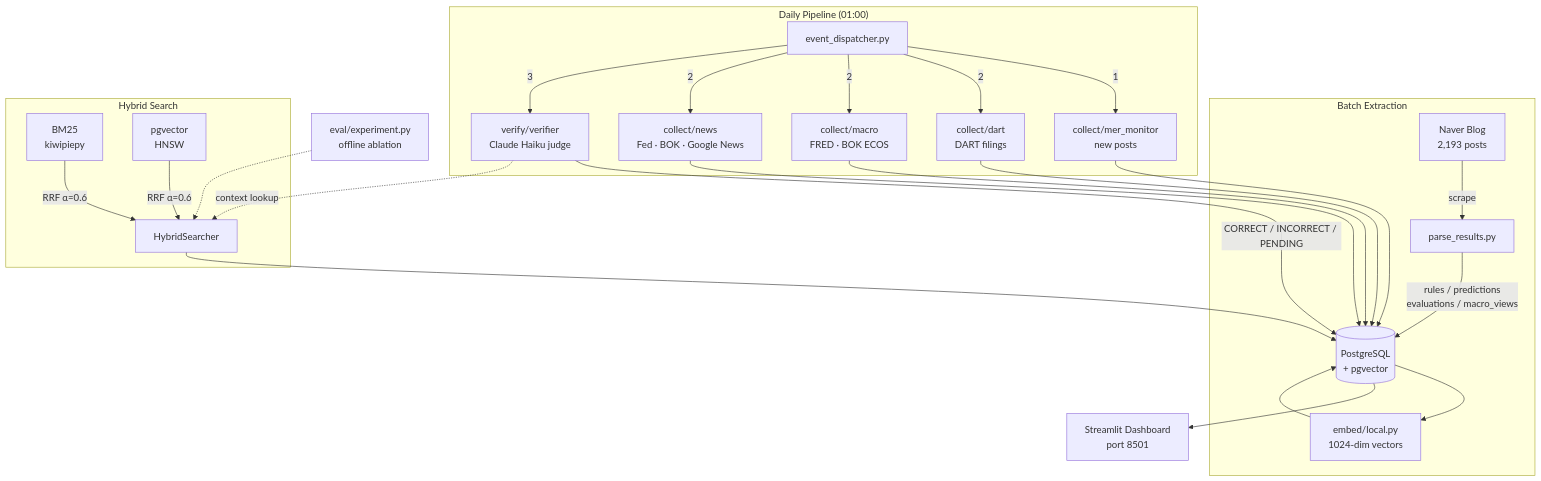
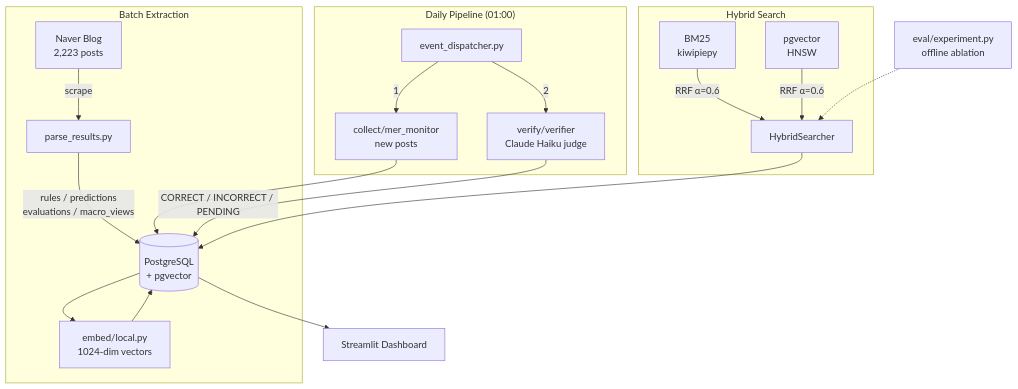
One commit to 11e3/mer-insight-pipeline changed the diagram in README.md. Above: the diagram before and after it, drawn with Mermaid. The commit also changed other lines of this file and 23 other files, not shown here.

First line of the commit message:
refactor: remove DART/macro/news collection and external verification context

````diff
--- a/README.md
+++ b/README.md
@@ -13,31 +13,26 @@
 ```mermaid
 flowchart TD
     subgraph Batch Extraction
-        A[Naver Blog<br>2,193 posts] -->|scrape| B[parse_results.py]
+        A[Naver Blog<br>2,223 posts] -->|scrape| B[parse_results.py]
         B -->|rules / predictions<br>evaluations / macro_views| C[(PostgreSQL<br>+ pgvector)]
         C --> EMB[embed/local.py<br>1024-dim vectors]
         EMB --> C
     end
 
     subgraph "Daily Pipeline (01:00)"
         ED[event_dispatcher.py] -->|1| MER[collect/mer_monitor<br>new posts]
-        ED -->|2| DC[collect/dart<br>DART filings]
-        ED -->|2| LM[collect/macro<br>FRED · BOK ECOS]
-        ED -->|2| NC[collect/news<br>Fed · BOK · Google News]
-        ED -->|3| PV[verify/verifier<br>Claude Haiku judge]
+        ED -->|2| PV[verify/verifier<br>Claude Haiku judge]
         MER --> C
-        DC & LM & NC --> C
         PV -->|CORRECT / INCORRECT / PENDING| C
     end
 
     subgraph Hybrid Search
         HS1[BM25<br>kiwipiepy] & HS2[pgvector<br>HNSW] -->|RRF α=0.6| HS3[HybridSearcher]
     end
 
-    PV -.->|context lookup| HS3
     HS3 --> C
 
-    C --> Q[Streamlit Dashboard<br>port 8501]
+    C --> Q[Streamlit Dashboard]
 
     EV[eval/experiment.py<br>offline ablation] -.-> HS3
 ```
````
